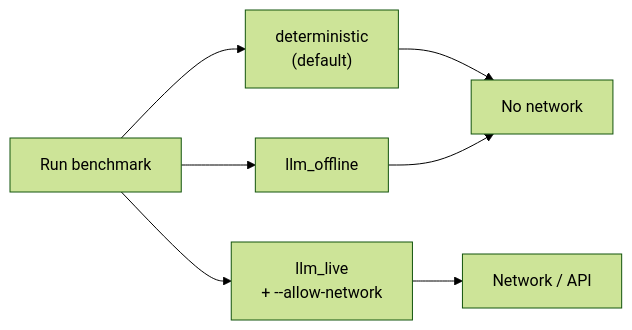
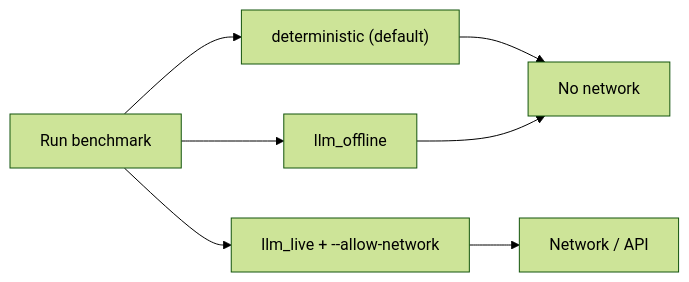
Before and after one commit to fraware/LabTrust-Gym: the diagram in README.md, drawn with Mermaid (forest theme). The commit also changed other lines of this file and 30 other files, not shown here.

````diff
--- a/README.md
+++ b/README.md
@@ -139,10 +129,10 @@
 ```mermaid
 flowchart LR
     Run["Run benchmark"]
-    Run --> D["deterministic\n(default)"]
+    Run --> D["deterministic (default)"]
     Run --> O["llm_offline"]
-    Run --> L["llm_live\n+ --allow-network"]
+    Run --> L["llm_live + --allow-network"]
     D --> NoNet["No network"]
     O --> NoNet
     L --> Net["Network / API"]
 ```
````
